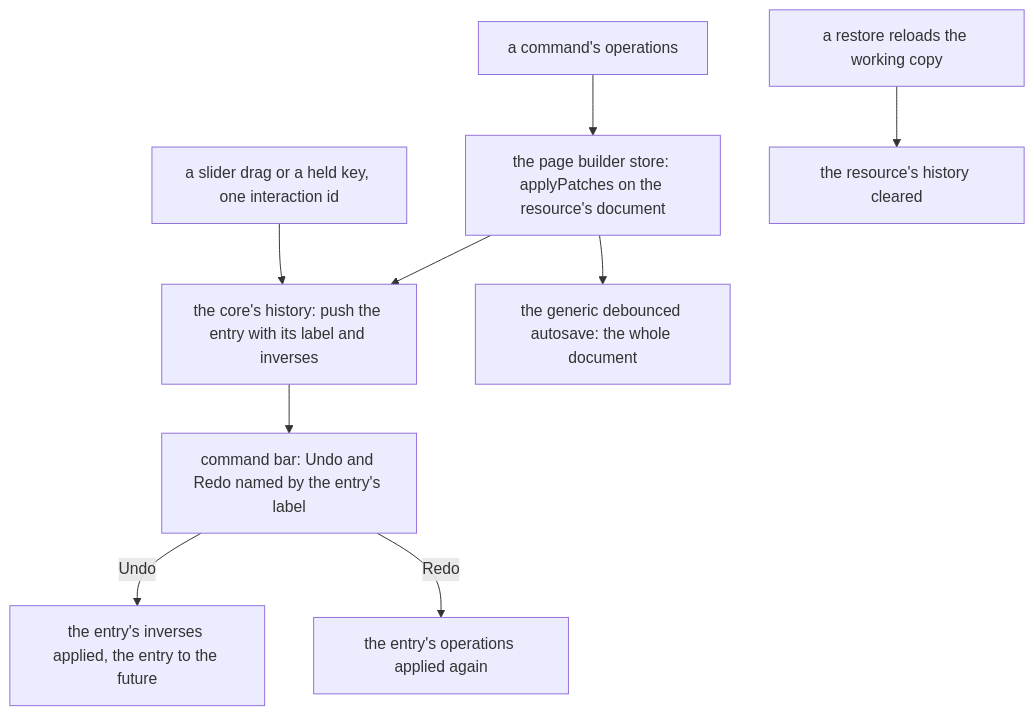
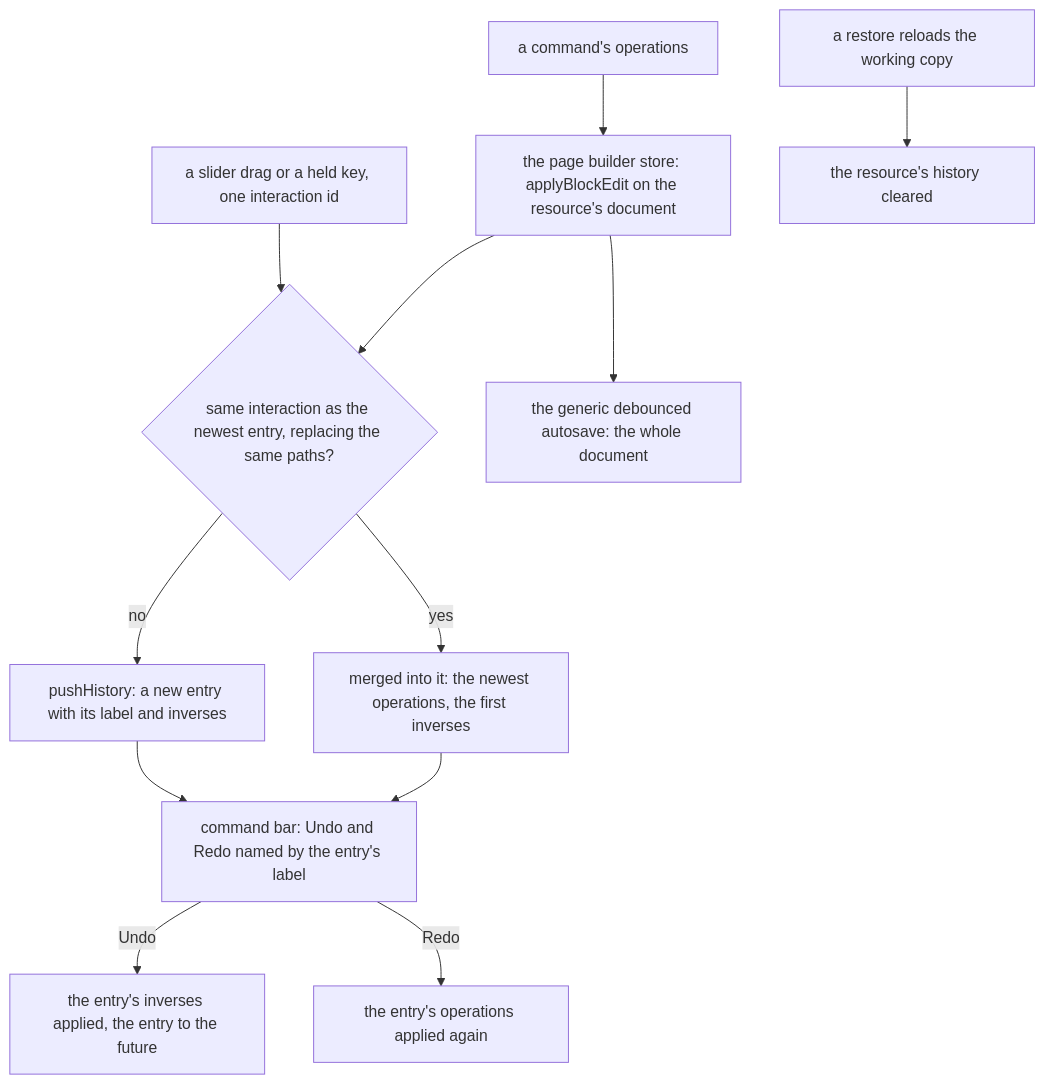
One commit to Esposter/Esposter changed the diagram in openspec/changes/resource-page-builder-undo-as-patches/design.md. Above: the diagram before and after it, drawn with Mermaid. The commit also changed other lines of this file and 22 other files, not shown here.

First line of the commit message:
docs(openspec): the page builder changes build on the headless core as built, beside GrapesJS, and the cutover binds them

````diff
--- a/openspec/changes/resource-page-builder-undo-as-patches/design.md
+++ b/openspec/changes/resource-page-builder-undo-as-patches/design.md
@@ -11,11 +11,14 @@
 ```mermaid
 flowchart TD
-  CMD["a command's operations"] --> STORE["the page builder store: applyPatches on the resource's document"]
-  STORE --> PUSH["the core's history: push the entry with its label and inverses"]
-  DRAG["a slider drag or a held key, one interaction id"] --> PUSH
+  CMD["a command's operations"] --> STORE["the page builder store: applyBlockEdit on the resource's document"]
+  STORE --> OPEN{"same interaction as the newest entry, replacing the same paths?"}
+  OPEN -->|yes| MERGE["merged into it: the newest operations, the first inverses"]
+  OPEN -->|no| PUSH["pushHistory: a new entry with its label and inverses"]
+  DRAG["a slider drag or a held key, one interaction id"] --> OPEN
+  MERGE --> BAR
   PUSH --> BAR["command bar: Undo and Redo named by the entry's label"]
   BAR -->|"Undo"| UNDO["the entry's inverses applied, the entry to the future"]
   BAR -->|"Redo"| REDO["the entry's operations applied again"]
   RELOAD["a restore reloads the working copy"] --> CLEAR["the resource's history cleared"]
   STORE --> SAVE["the generic debounced autosave: the whole document"]
 ```
````
